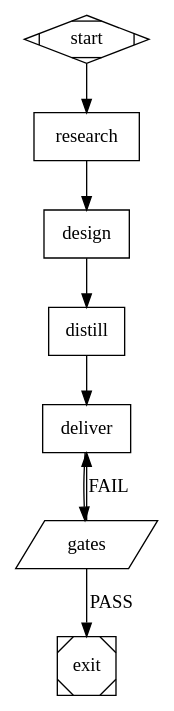
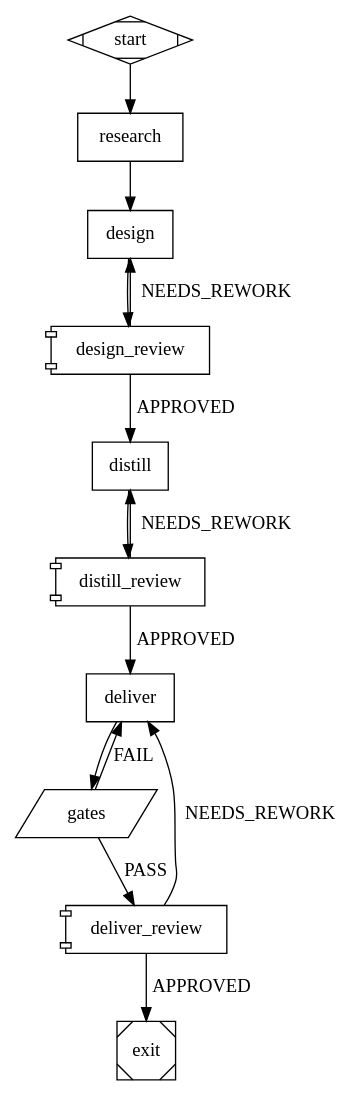
Before and after one commit to SebastienDegodez/skraft-plugin: the diagram in plugins/skraft-framework/workflows/skraft.dot, drawn with Graphviz. The commit also changed 230 other files, not shown here.

```diff
--- a/plugins/skraft-framework/workflows/skraft.dot
+++ b/plugins/skraft-framework/workflows/skraft.dot
@@ -1,18 +1,30 @@
 // The skraft pipeline. Copy it into a repository with `skraft workflow eject`, then add
-// agents or gates; `skraft workflow check` validates it, `skraft workflow diff` compares it
-// with this one. A node marked locked=true can only be dropped with unlock="<reason>".
+// agents, lenses or gates; `skraft workflow check` validates it, `skraft workflow diff` compares
+// it with this one. A node marked locked=true can only be dropped with unlock="<reason>".
+// model= is the family an agent runs on; a review node (shape=component) runs each lens `<name>` as the agent `<name>-lens`, on `<name>@<family>`, else the node's model=, else haiku.
 digraph skraft {
   graph [version="2", goal="Deliver the story"]
 
   start    [shape=Mdiamond]
-  research [shape=box, agent="solution-researcher", phase="RESEARCH"]
-  design   [shape=box, agent="solution-architect", phase="DESIGN"]
-  distill  [shape=box, agent="acceptance-designer", phase="DISTILL"]
-  deliver  [shape=box, agent="software-engineer", phase="DELIVER"]
+  research [shape=box, agent="solution-researcher", phase="RESEARCH", model="sonnet"]
+  design   [shape=box, agent="solution-architect", phase="DESIGN", model="opus"]
+  design_review [shape=component, lenses="consistency,architecture-compliance,fitness"]
+  distill  [shape=box, agent="acceptance-designer", phase="DISTILL", model="sonnet"]
+  distill_review [shape=component, lenses="coverage,business-alignment,testability,boundary-enforcement"]
+  deliver  [shape=box, agent="software-engineer", phase="DELIVER", model="sonnet"]
   gates    [shape=parallelogram, gate="build,format,lint,test,architecture,coverage,mutation", goal_gate=true, locked=true, phase="DELIVER"]
+  deliver_review [shape=component, lenses="test-integrity,architecture-boundaries,cold-reader,mock-fidelity,contract-fidelity"]
   exit     [shape=Msquare]
 
-  start -> research -> design -> distill -> deliver -> gates
+  start -> research -> design -> design_review
+  design_review -> design  [label="NEEDS_REWORK", max_visits=3]
+  design_review -> distill [label="APPROVED"]
+  distill -> distill_review
+  distill_review -> distill [label="NEEDS_REWORK", max_visits=3]
+  distill_review -> deliver [label="APPROVED"]
+  deliver -> gates
   gates -> deliver [label="FAIL", max_visits=3]
-  gates -> exit    [label="PASS"]
+  gates -> deliver_review [label="PASS"]
+  deliver_review -> deliver [label="NEEDS_REWORK", max_visits=3]
+  deliver_review -> exit    [label="APPROVED"]
 }
```
